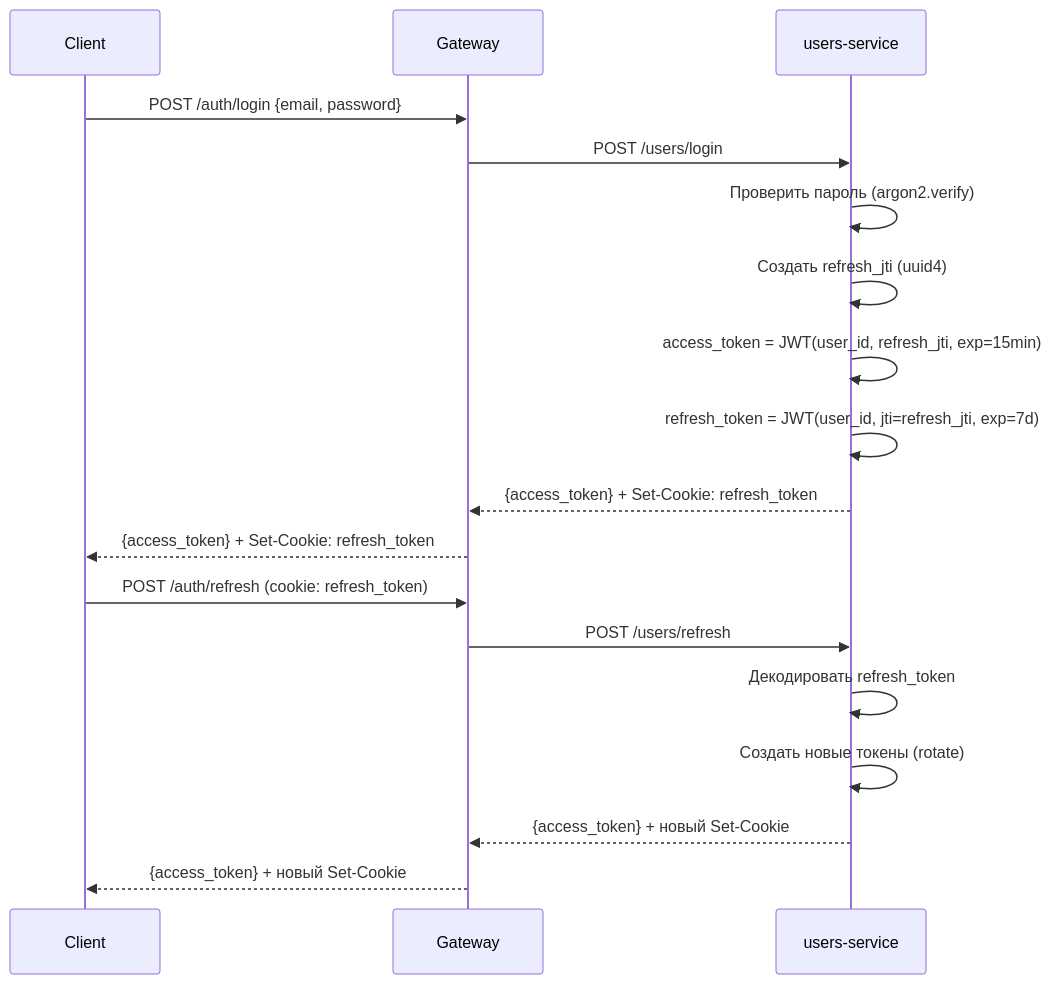
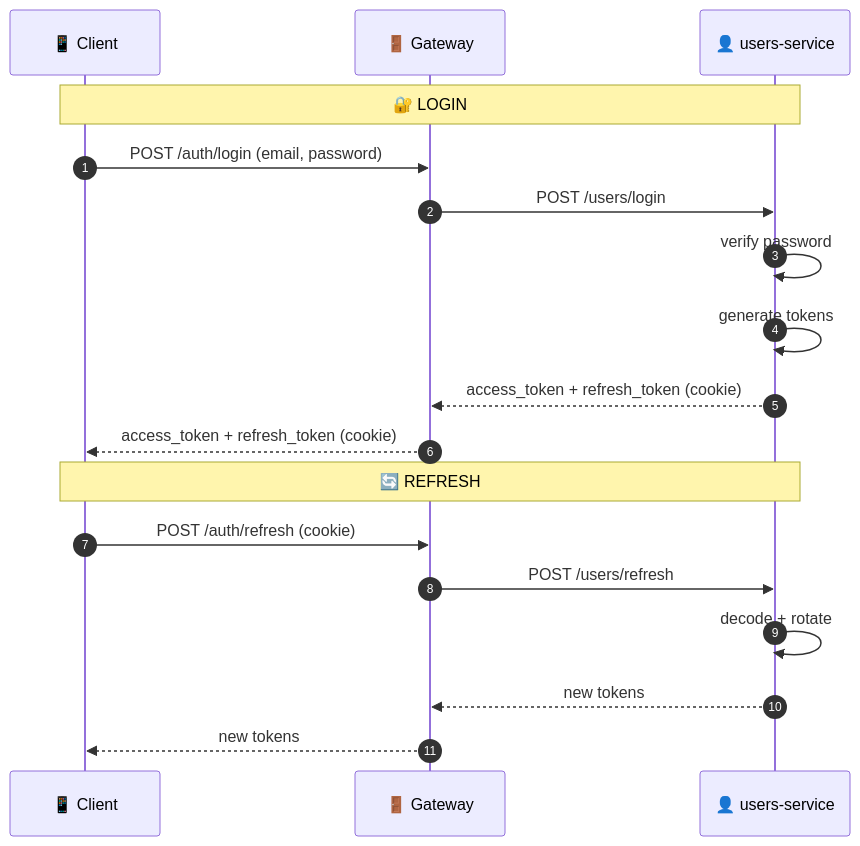
The first of 2 diagrams in docs/services/users-service.md (Alekcey5977/smart-budget-backend), drawn with Mermaid before and after one commit. The commit also changed other lines of this file and 10 other files, not shown here.

````diff
--- a/docs/services/users-service.md
+++ b/docs/services/users-service.md
@@ -43,22 +43,22 @@
 ```mermaid
 sequenceDiagram
-    participant Client
-    participant GW as Gateway
-    participant US as users-service
+    autonumber
+    participant C as 📱 Client
+    participant G as 🚪 Gateway
+    participant U as 👤 users-service
 
-    Client->>GW: POST /auth/login {email, password}
-    GW->>US: POST /users/login
-    US->>US: Проверить пароль (argon2.verify)
-    US->>US: Создать refresh_jti (uuid4)
-    US->>US: access_token = JWT(user_id, refresh_jti, exp=15min)
-    US->>US: refresh_token = JWT(user_id, jti=refresh_jti, exp=7d)
-    US-->>GW: {access_token} + Set-Cookie: refresh_token
-    GW-->>Client: {access_token} + Set-Cookie: refresh_token
+    Note over C,U: 🔐 LOGIN
+    C->>G: POST /auth/login (email, password)
+    G->>U: POST /users/login
+    U->>U: verify password
+    U->>U: generate tokens
+    U-->>G: access_token + refresh_token (cookie)
+    G-->>C: access_token + refresh_token (cookie)
 
-    Client->>GW: POST /auth/refresh (cookie: refresh_token)
-    GW->>US: POST /users/refresh
-    US->>US: Декодировать refresh_token
-    US->>US: Создать новые токены (rotate)
-    US-->>GW: {access_token} + новый Set-Cookie
-    GW-->>Client: {access_token} + новый Set-Cookie
+    Note over C,U: 🔄 REFRESH
+    C->>G: POST /auth/refresh (cookie)
+    G->>U: POST /users/refresh
+    U->>U: decode + rotate
+    U-->>G: new tokens
+    G-->>C: new tokens
 ```
````
